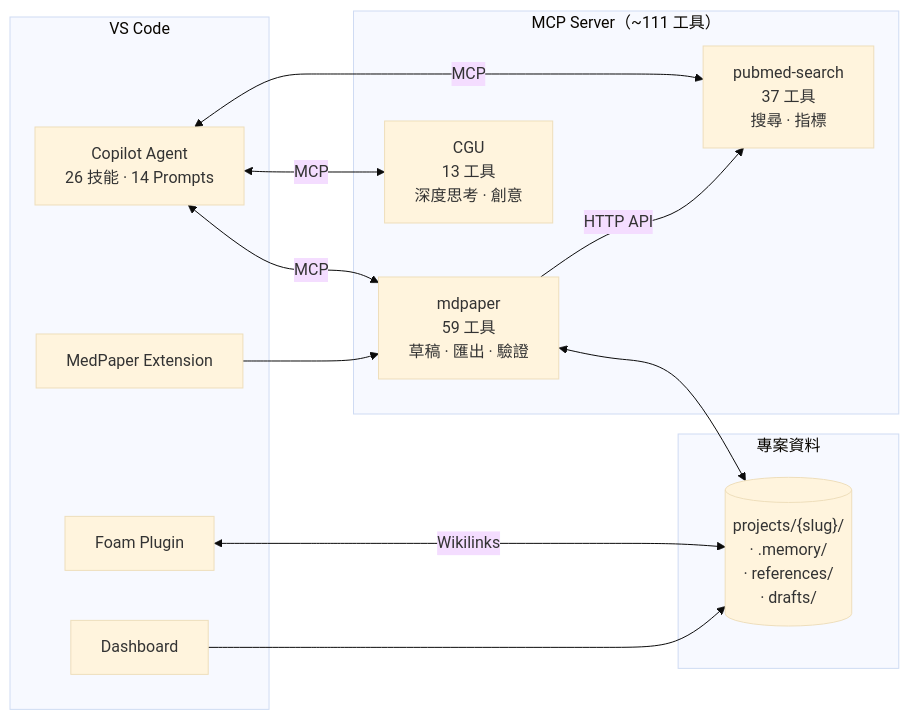
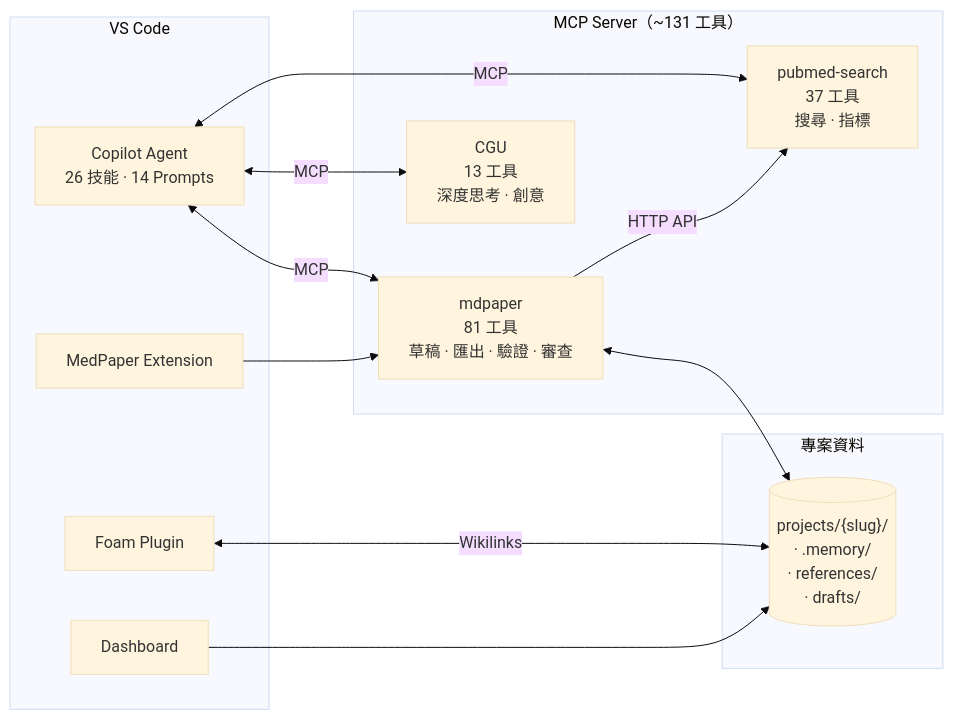
The diagram in README.zh-TW.md (u9401066/med-paper-assistant), drawn with Mermaid (base theme) before and after one commit. The commit also changed other lines of this file and 7 other files, not shown here.

First line of the commit message:
docs: update README (81 tools), CHANGELOG 0.3.12, ROADMAP, CI

````diff
--- a/README.zh-TW.md
+++ b/README.zh-TW.md
@@ -43,28 +43,28 @@
 ```mermaid
 flowchart LR
     subgraph IDE["VS Code"]
         Agent["Copilot Agent<br/>26 技能 · 14 Prompts"]
         Foam[Foam Plugin]
         Ext[MedPaper Extension]
         Dash[Dashboard]
     end
 
-    subgraph MCP["MCP Server（~111 工具）"]
-        mdpaper["mdpaper<br/>59 工具<br/>草稿 · 匯出 · 驗證"]
+    subgraph MCP["MCP Server（~131 工具）"]
+        mdpaper["mdpaper<br/>81 工具<br/>草稿 · 匯出 · 驗證 · 審查"]
         pubmed["pubmed-search<br/>37 工具<br/>搜尋 · 指標"]
         cgu["CGU<br/>13 工具<br/>深度思考 · 創意"]
     end
 
     subgraph Data["專案資料"]
         proj[("projects/{slug}/<br/>· .memory/<br/>· references/<br/>· drafts/")]
     end
 
     Agent <-->|MCP| mdpaper
     Agent <-->|MCP| pubmed
     Agent <-->|MCP| cgu
     mdpaper -->|HTTP API| pubmed
     Foam <-->|Wikilinks| proj
     mdpaper <--> proj
     Ext --> mdpaper
     Dash --> proj
 ```
````
